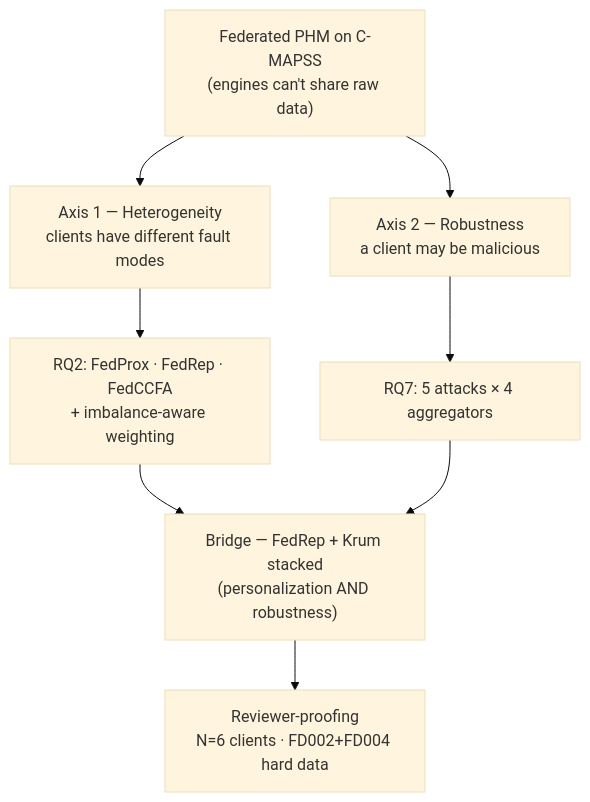
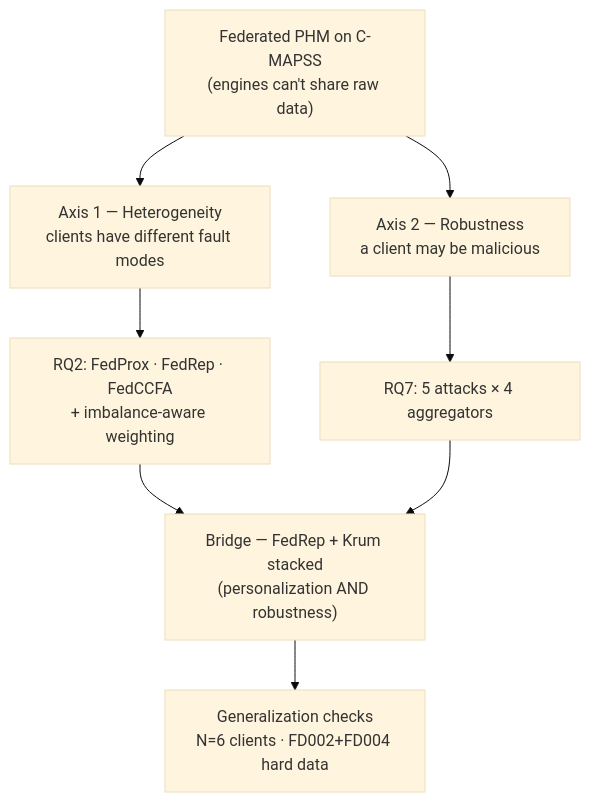
One commit to Chinmoy17/FL-for-Aircraft changed the diagram in RESULTS_CONSOLIDATED.md. Above: the diagram before and after it, drawn with Mermaid (base theme). The commit also changed other lines of this file and 1 other file, not shown here.

````diff
--- a/RESULTS_CONSOLIDATED.md
+++ b/RESULTS_CONSOLIDATED.md
@@ -16,10 +16,10 @@
 ```mermaid
 flowchart TD
     A["Federated PHM on C-MAPSS<br/>(engines can't share raw data)"] --> B["Axis 1 — Heterogeneity<br/>clients have different fault modes"]
     A --> C["Axis 2 — Robustness<br/>a client may be malicious"]
     B --> B1["RQ2: FedProx · FedRep · FedCCFA<br/>+ imbalance-aware weighting"]
     C --> C1["RQ7: 5 attacks × 4 aggregators"]
     B1 --> D["Bridge — FedRep + Krum stacked<br/>(personalization AND robustness)"]
     C1 --> D
-    D --> E["Reviewer-proofing<br/>N=6 clients · FD002+FD004 hard data"]
+    D --> E["Generalization checks<br/>N=6 clients · FD002+FD004 hard data"]
 ```
````
